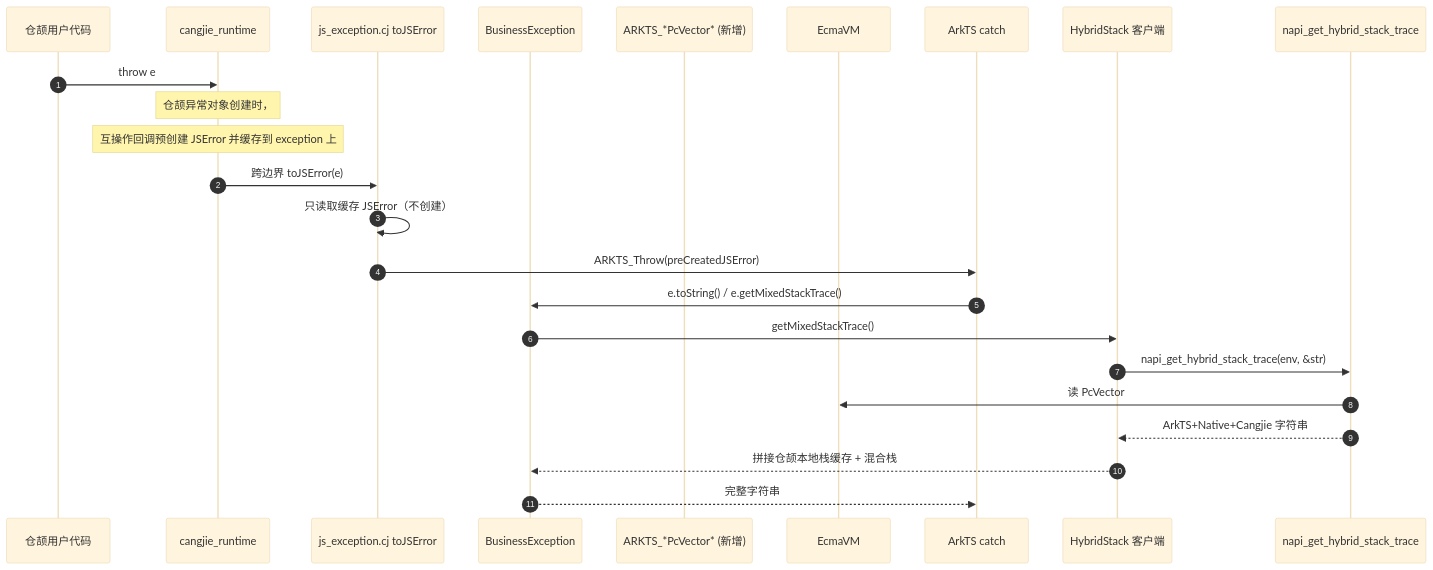
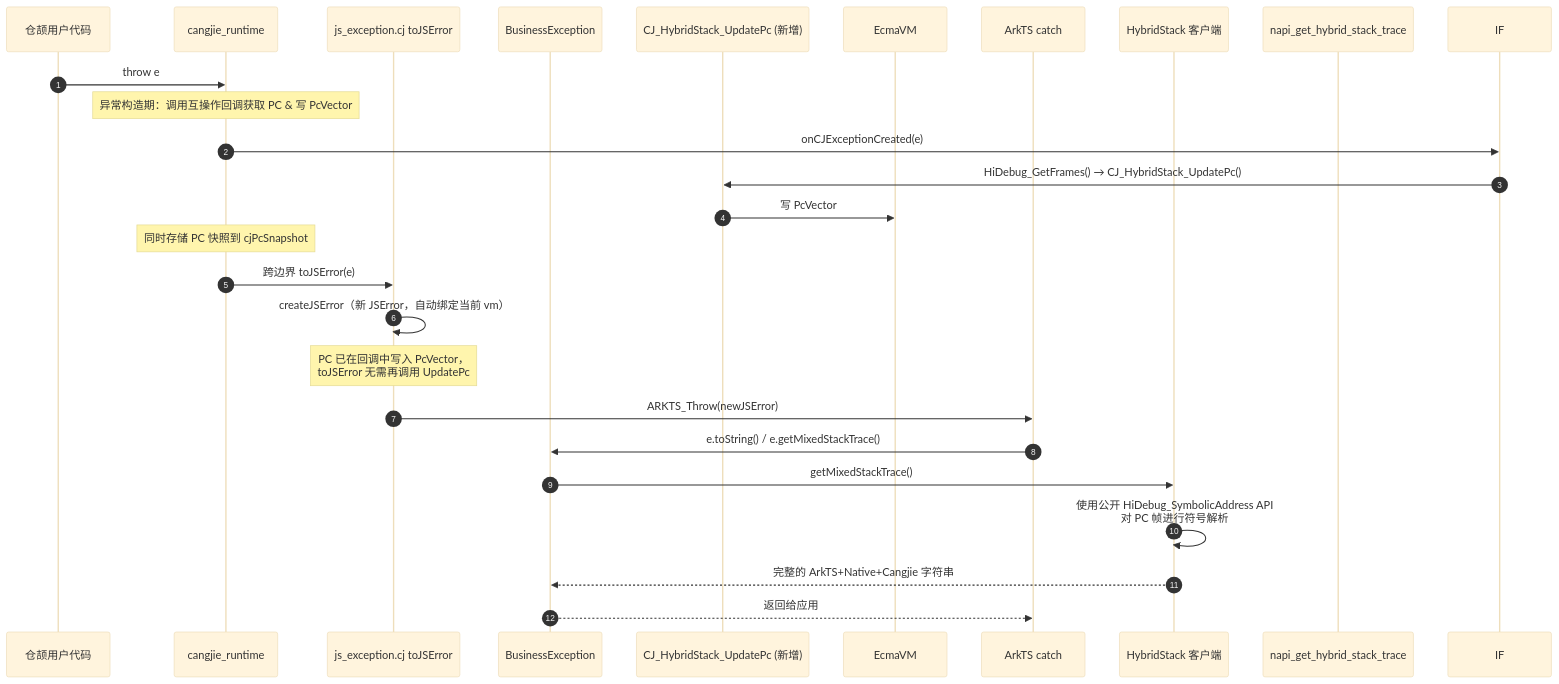
The third of 3 diagrams in doc/hybridstack_architecture_design.md (openharmony/arkcompiler_cangjie_ark_interop), drawn with Mermaid (base theme) before and after one commit. The commit also changed other lines of this file and 1 other file, not shown here.

First line of the commit message:
refactor(hybridstack): adjust architecture to use HiDebug public API for PC retrieval and symbol resolution

````diff
--- a/doc/hybridstack_architecture_design.md
+++ b/doc/hybridstack_architecture_design.md
@@ -140,27 +147,29 @@
 ```mermaid
 sequenceDiagram
     autonumber
     participant U as 仓颉用户代码
     participant CR as cangjie_runtime
     participant JS as js_exception.cj toJSError
     participant BIZ as BusinessException
-    participant CFFI as ARKTS_*PcVector* (新增)
+    participant CFFI as CJ_HybridStack_UpdatePc (新增)
     participant VM as EcmaVM
     participant ETS as ArkTS catch
     participant HS as HybridStack 客户端
     participant NAPI as napi_get_hybrid_stack_trace
 
     U->>CR: throw e
-    Note over CR: 仓颉异常对象创建时，
-    Note over CR: 互操作回调预创建 JSError 并缓存到 exception 上
+    Note over CR: 异常构造期：调用互操作回调获取 PC & 写 PcVector
+    CR->>IF: onCJExceptionCreated(e)
+    IF->>CFFI: HiDebug_GetFrames() → CJ_HybridStack_UpdatePc()
+    CFFI->>VM: 写 PcVector
+    Note over CR: 同时存储 PC 快照到 cjPcSnapshot
     CR->>JS: 跨边界 toJSError(e)
-    JS->>JS: 只读取缓存 JSError（不创建）
-    JS->>ETS: ARKTS_Throw(preCreatedJSError)
+    JS->>JS: createJSError（新 JSError，自动绑定当前 vm）
+    Note over JS: PC 已在回调中写入 PcVector，<br/>toJSError 无需再调用 UpdatePc
+    JS->>ETS: ARKTS_Throw(newJSError)
     ETS->>BIZ: e.toString() / e.getMixedStackTrace()
     BIZ->>HS: getMixedStackTrace()
-    HS->>NAPI: napi_get_hybrid_stack_trace(env, &str)
-    NAPI->>VM: 读 PcVector
-    NAPI-->>HS: ArkTS+Native+Cangjie 字符串
-    HS-->>BIZ: 拼接仓颉本地栈缓存 + 混合栈
-    BIZ-->>ETS: 完整字符串
+    HS->>HS: 使用公开 HiDebug_SymbolicAddress API<br/>对 PC 帧进行符号解析
+    HS-->>BIZ: 完整的 ArkTS+Native+Cangjie 字符串
+    BIZ-->>ETS: 返回给应用
 ```
````
